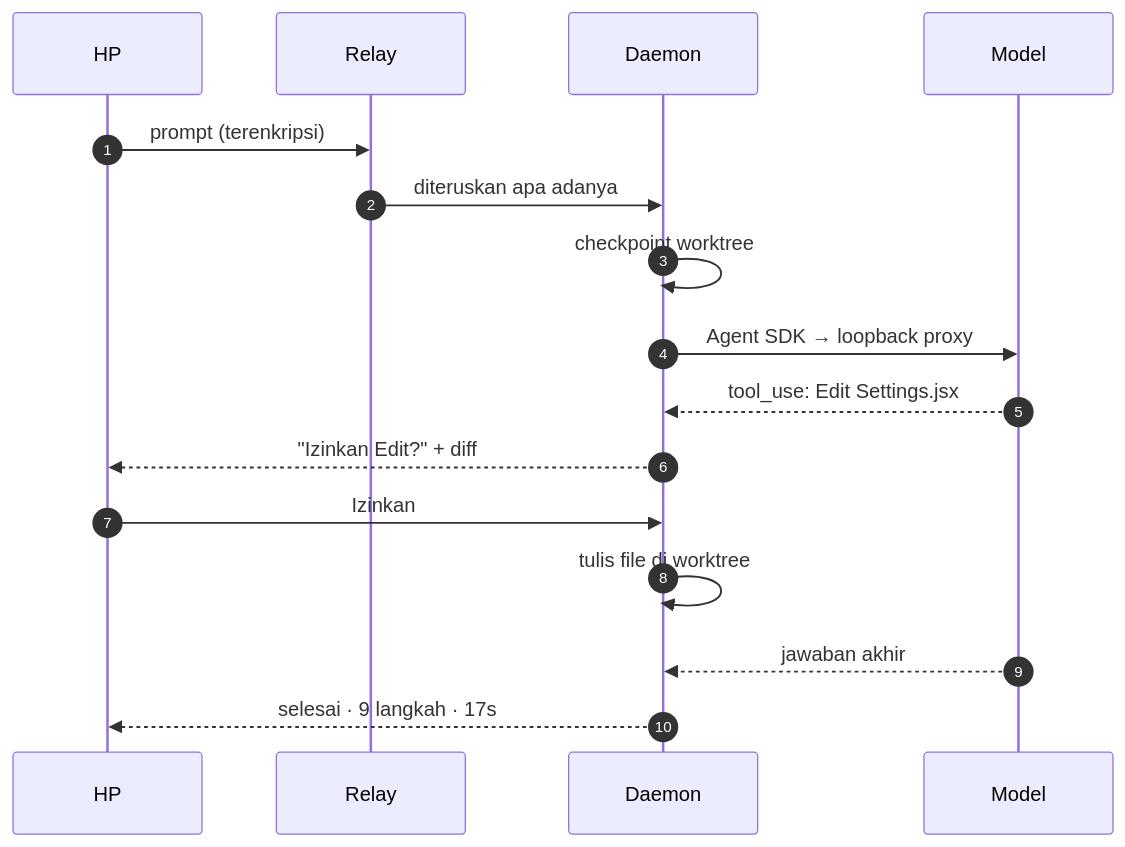
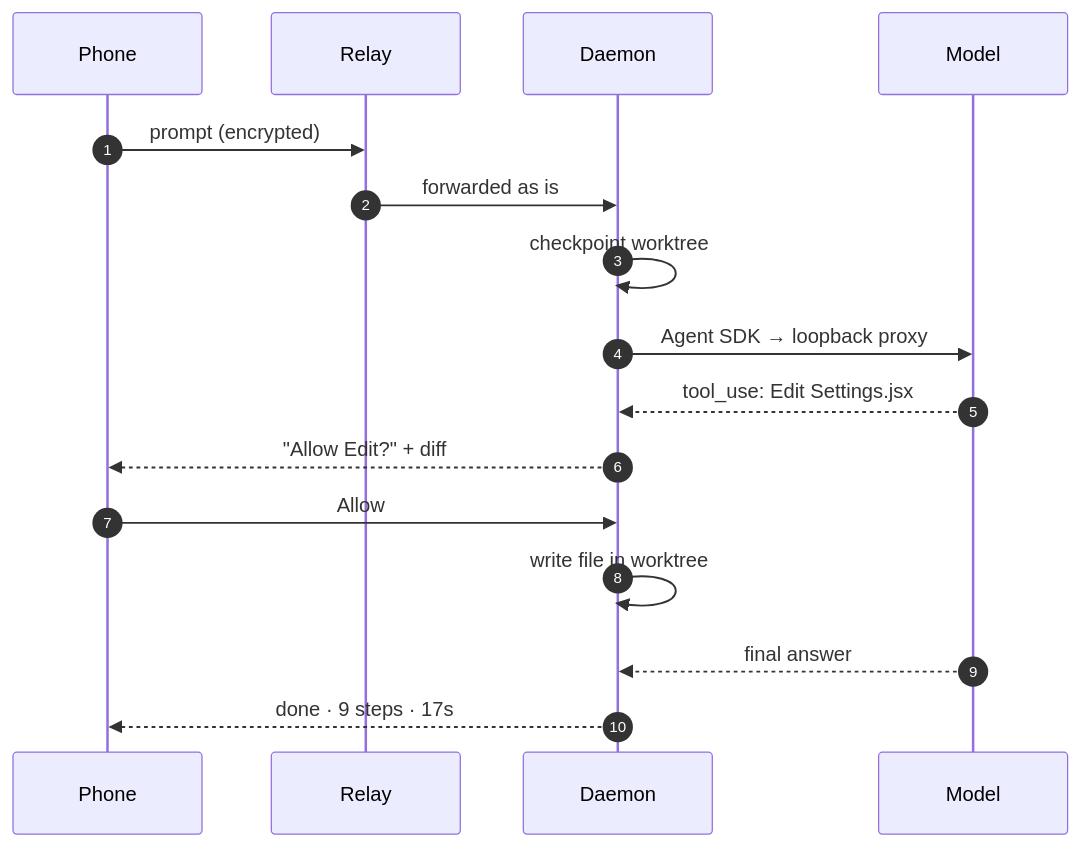
Before and after one commit to arfakaisar/snugcode: the second of 6 diagrams in README.md, drawn with Mermaid. The commit also changed other lines of this file and 100 other files, not shown here.

````diff
--- a/README.md
+++ b/README.md
@@ -272,19 +272,19 @@
 ```mermaid
 sequenceDiagram
     autonumber
-    participant HP as HP
+    participant HP as Phone
     participant Relay as Relay
     participant PC as Daemon
     participant AI as Model
 
-    HP->>Relay: prompt (terenkripsi)
-    Relay->>PC: diteruskan apa adanya
+    HP->>Relay: prompt (encrypted)
+    Relay->>PC: forwarded as is
     PC->>PC: checkpoint worktree
     PC->>AI: Agent SDK → loopback proxy
     AI-->>PC: tool_use: Edit Settings.jsx
-    PC-->>HP: "Izinkan Edit?" + diff
-    HP->>PC: Izinkan
-    PC->>PC: tulis file di worktree
-    AI-->>PC: jawaban akhir
-    PC-->>HP: selesai · 9 langkah · 17s
+    PC-->>HP: "Allow Edit?" + diff
+    HP->>PC: Allow
+    PC->>PC: write file in worktree
+    AI-->>PC: final answer
+    PC-->>HP: done · 9 steps · 17s
 ```
````
